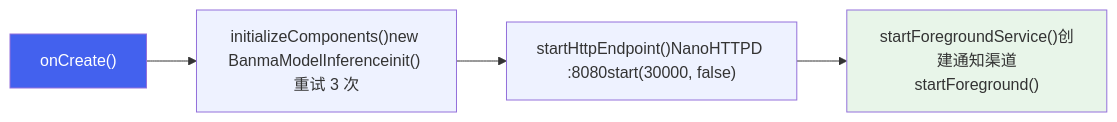
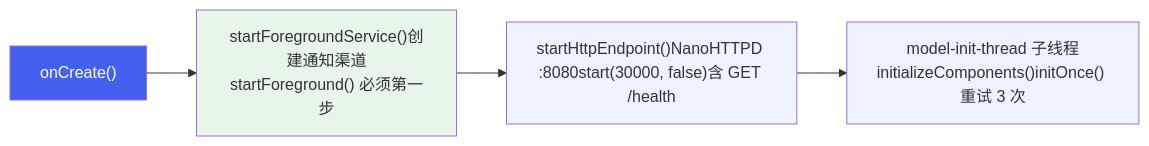
One commit to ranpin/edge-ai-docs changed the second of 6 diagrams in cockpit/projects/lantu/apk-integration.md. Above: the diagram before and after it, drawn with Mermaid. The commit also changed other lines of this file and 10 other files, not shown here.

First line of the commit message:
refactor: 岚图项目层专家级修订（8→7 篇收敛 + 数据严谨性 + 车规内容充实）

````diff
--- a/cockpit/projects/lantu/apk-integration.md
+++ b/cockpit/projects/lantu/apk-integration.md
@@ -214,10 +225,10 @@
 ```mermaid
 flowchart LR
-    A["onCreate()"] --> B["initializeComponents()new BanmaModelInferenceinit() 重试 3 次"]
-    B --> C["startHttpEndpoint()NanoHTTPD :8080start(30000, false)"]
-    C --> D["startForegroundService()创建通知渠道startForeground()"]
+    A["onCreate()"] --> B["startForegroundService()创建通知渠道startForeground() 必须第一步"]
+    B --> C["startHttpEndpoint()NanoHTTPD :8080start(30000, false)含 GET /health"]
+    C --> D["model-init-thread 子线程initializeComponents()initOnce() 重试 3 次"]
     style A fill:#4361ee,color:#fff
-    style B fill:#eef2ff
+    style B fill:#e8f5e9
     style C fill:#eef2ff
-    style D fill:#e8f5e9
+    style D fill:#eef2ff
 ```
````
